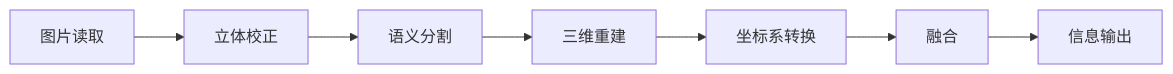
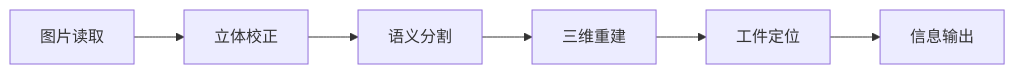
The diagram in README.md (xpan-pi/3D-Reconstruction), drawn with Mermaid before and after one commit. The commit also changed other lines of this file, not shown here.

````diff
--- a/README.md
+++ b/README.md
@@ -6,7 +6,5 @@
 ```mermaid
 graph LR
 A[图片读取]--> B[立体校正]-->c[语义分割]
--->d[三维重建]-->e[坐标系转换]-->f[融合]
--->g[信息输出]
-
+-->d[三维重建]-->e[工件定位]-->f[信息输出]
 ```
````
